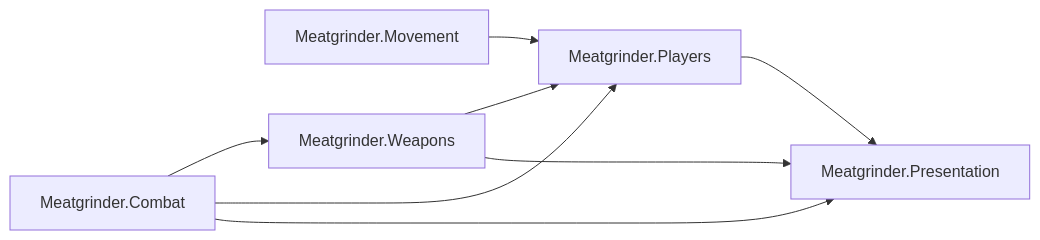
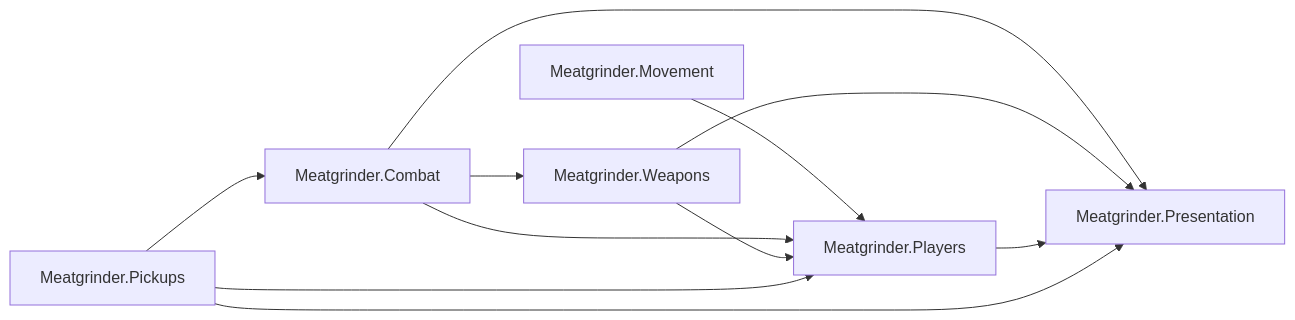
One commit to EduardoA-J/MEATGRINDER changed the second of 2 diagrams in Documentation/DEPENDENCY_GRAPH.md. Above: the diagram before and after it, drawn with Mermaid. The commit also changed other lines of this file and 101 other files, not shown here.

````diff
--- a/Documentation/DEPENDENCY_GRAPH.md
+++ b/Documentation/DEPENDENCY_GRAPH.md
@@ -98,15 +67,19 @@
 ```mermaid
 flowchart LR
   movement[Meatgrinder.Movement]
   combat[Meatgrinder.Combat]
   weapons[Meatgrinder.Weapons]
+  pickups[Meatgrinder.Pickups]
   players[Meatgrinder.Players]
   presentation[Meatgrinder.Presentation]
   movement --> players
   combat --> weapons
   combat --> players
   weapons --> players
+  pickups --> combat
+  pickups --> players
   combat --> presentation
   weapons --> presentation
   players --> presentation
+  pickups --> presentation
 ```
````
